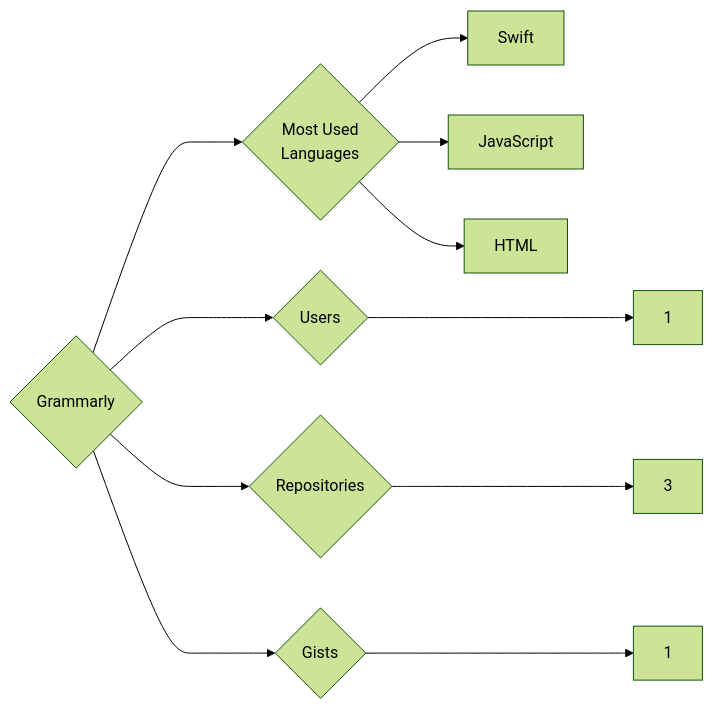
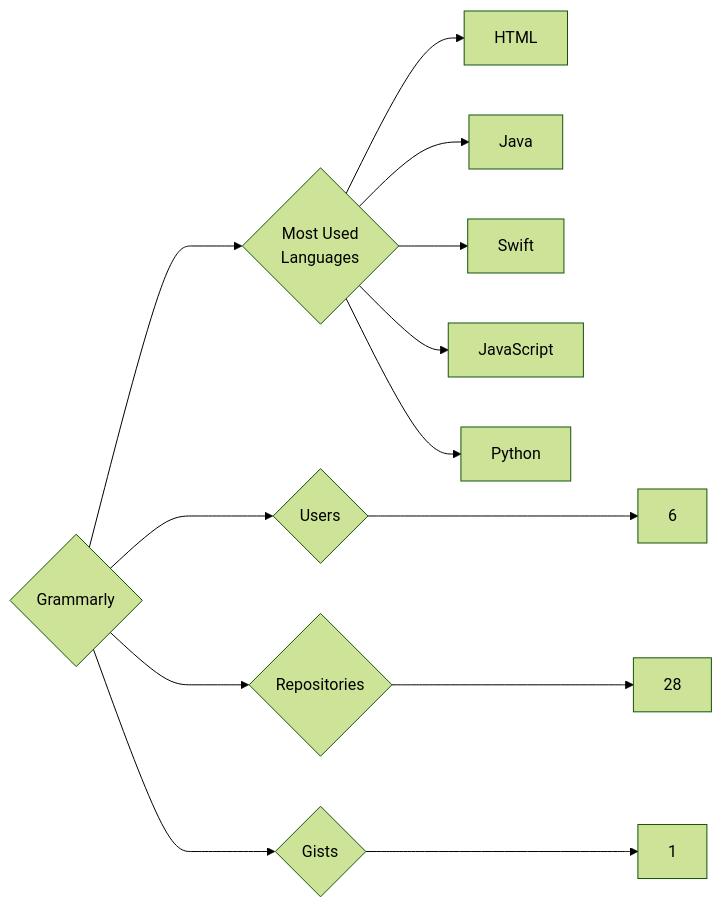
One commit to trickest/insiders changed the diagram in targets/Grammarly/README.md. Above: the diagram before and after it, drawn with Mermaid (forest theme). The commit also changed 1167 other files, not shown here.

````diff
--- a/targets/Grammarly/README.md
+++ b/targets/Grammarly/README.md
@@ -3,11 +3,13 @@
 ```mermaid
 graph LR
 COMPANY_NAME{Grammarly}
-COMPANY_NAME ---> U{Users} ---> UN[1]
-COMPANY_NAME ---> R{Repositories} ---> RN[3]
+COMPANY_NAME ---> U{Users} ---> UN[6]
+COMPANY_NAME ---> R{Repositories} ---> RN[28]
 COMPANY_NAME ---> G{Gists} ---> GN[1]
 COMPANY_NAME ---> ML{Most Used<br>Languages}
+ML --> HTML[HTML]
+ML --> Java[Java]
 ML --> Swift[Swift]
 ML --> JavaScript[JavaScript]
-ML --> HTML[HTML]
+ML --> Python[Python]
 ```
````
